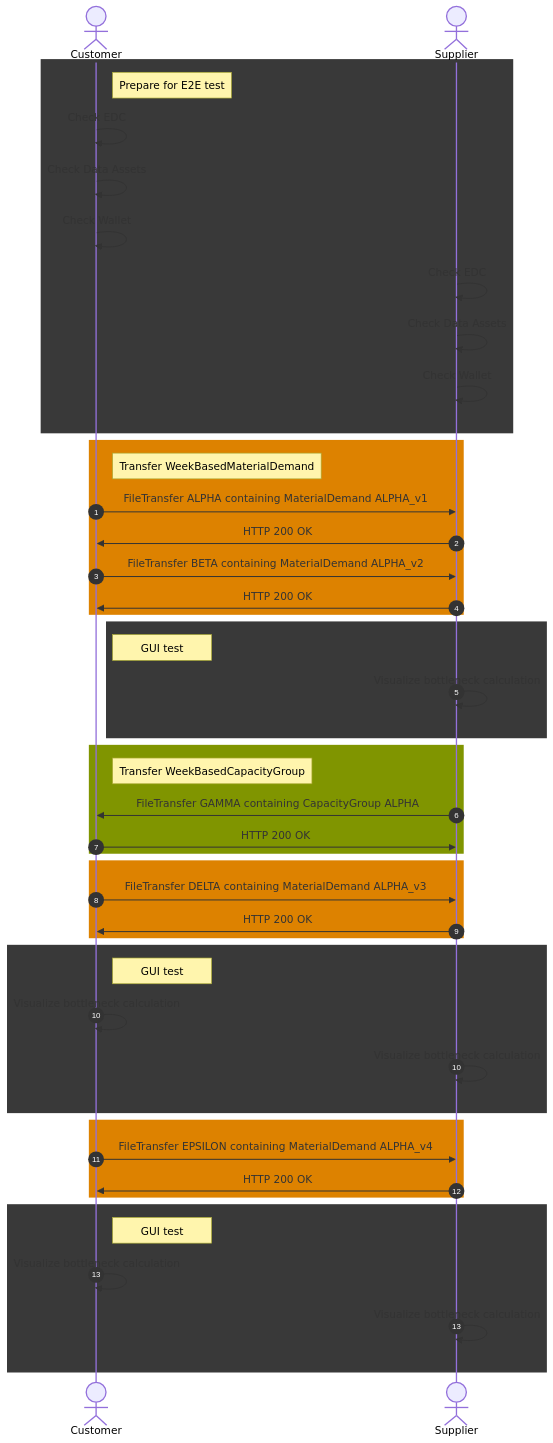
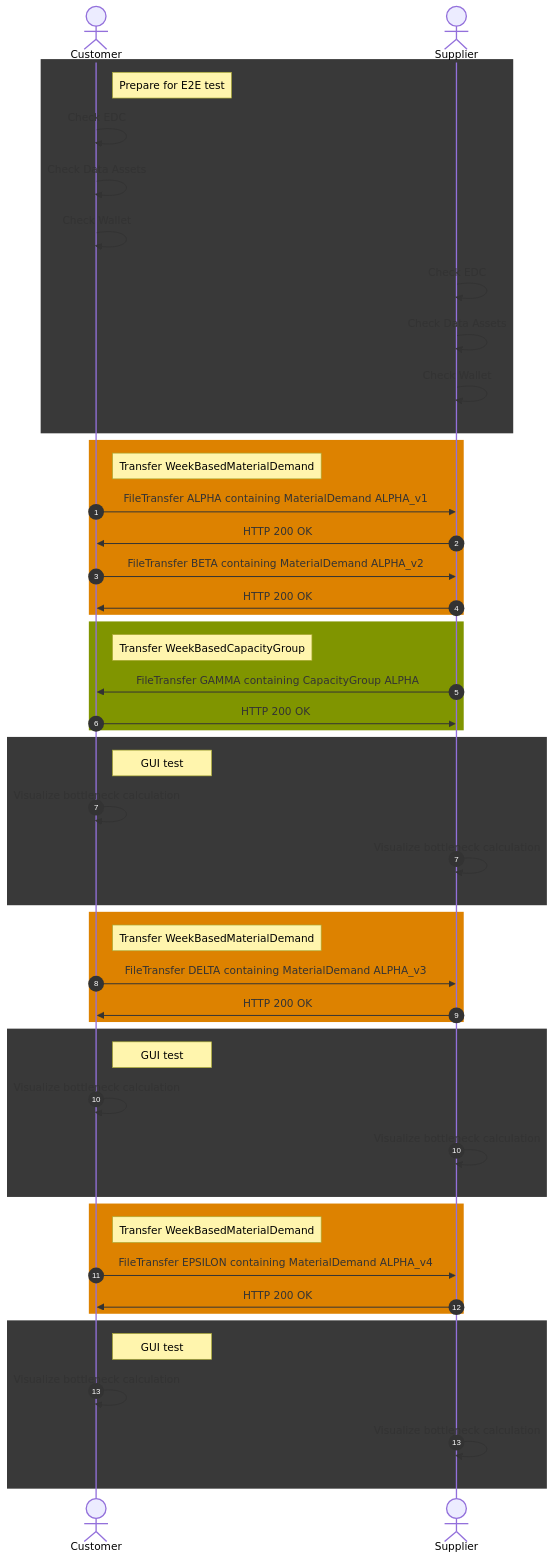
One commit to eclipse-tractusx/eclipse-tractusx.github.io changed the second of 4 diagrams in docs-kits/kits/Demand and Capacity Management Kit/development-view/overview.md. Above: the diagram before and after it, drawn with Mermaid. The commit also changed 1 other file, not shown here.

Commit message:
Fixed logical error in tests for demand volatility

````diff
--- a/docs-kits/kits/Demand and Capacity Management Kit/development-view/overview.md
+++ b/docs-kits/kits/Demand and Capacity Management Kit/development-view/overview.md
@@ -253,51 +253,55 @@
 ``` mermaid
 sequenceDiagram
 actor c as Customer
 actor s as Supplier
 rect rgb(57,57,57)
   note right of c: Prepare for E2E test
   c->>c: Check EDC
   c->>c: Check Data Assets
   c->>c: Check Wallet
   s->>s: Check EDC
   s->>s: Check Data Assets
   s->>s: Check Wallet
 end
 rect rgb(221,130,0)
 autonumber 1
   note right of c: Transfer WeekBasedMaterialDemand
   c->>s: FileTransfer ALPHA containing MaterialDemand ALPHA_v1
   s->>c: HTTP 200 OK
   c->>s: FileTransfer BETA containing MaterialDemand ALPHA_v2
   s->>c: HTTP 200 OK
 end
-rect rgb(57,57,57)
-  note right of c: GUI test
-  s->>s: Visualize bottleneck calculation
-end
 rect rgb(128,149,0)
   note right of c: Transfer WeekBasedCapacityGroup
   s->>c: FileTransfer GAMMA containing CapacityGroup ALPHA
   c->>s: HTTP 200 OK
 end
+rect rgb(57,57,57)
+  note right of c: GUI test
+  c->>c: Visualize bottleneck calculation
+  autonumber 7
+  s->>s: Visualize bottleneck calculation
+end
 rect rgb(221,130,0)
+  note right of c: Transfer WeekBasedMaterialDemand
   c->>s: FileTransfer DELTA containing MaterialDemand ALPHA_v3
   s->>c: HTTP 200 OK
 end
 rect rgb(57,57,57)
   note right of c: GUI test
   c->>c: Visualize bottleneck calculation
   autonumber 10
   s->>s: Visualize bottleneck calculation
 end
 rect rgb(221,130,0)
+  note right of c: Transfer WeekBasedMaterialDemand
   c->>s: FileTransfer EPSILON containing MaterialDemand ALPHA_v4
   s->>c: HTTP 200 OK
 end
 rect rgb(57,57,57)
   note right of c: GUI test
   c->>c: Visualize bottleneck calculation
   autonumber 13
   s->>s: Visualize bottleneck calculation
 end
 ```
````
